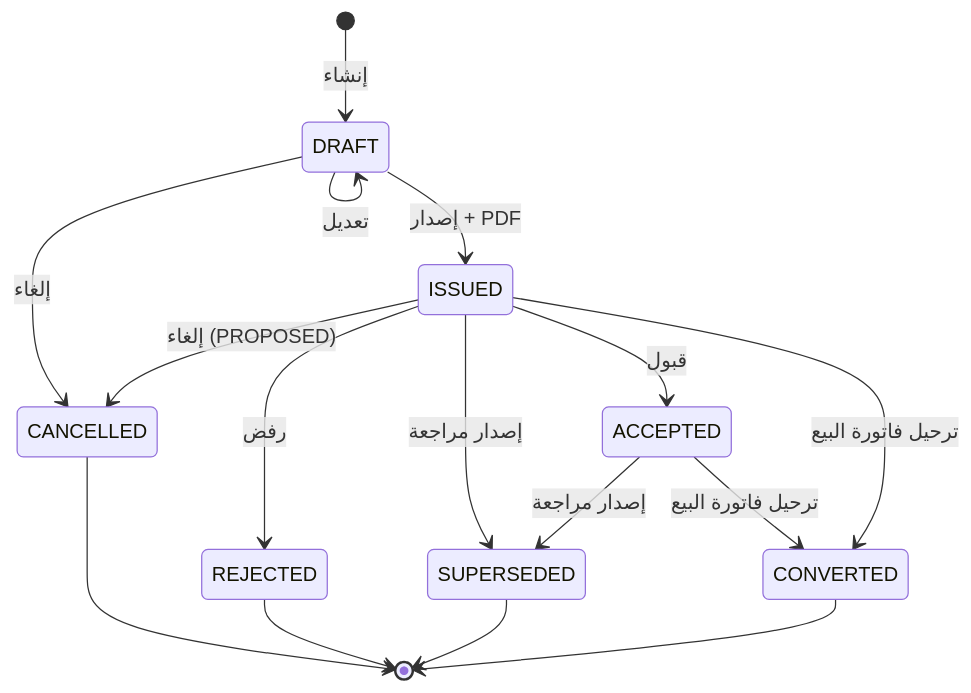
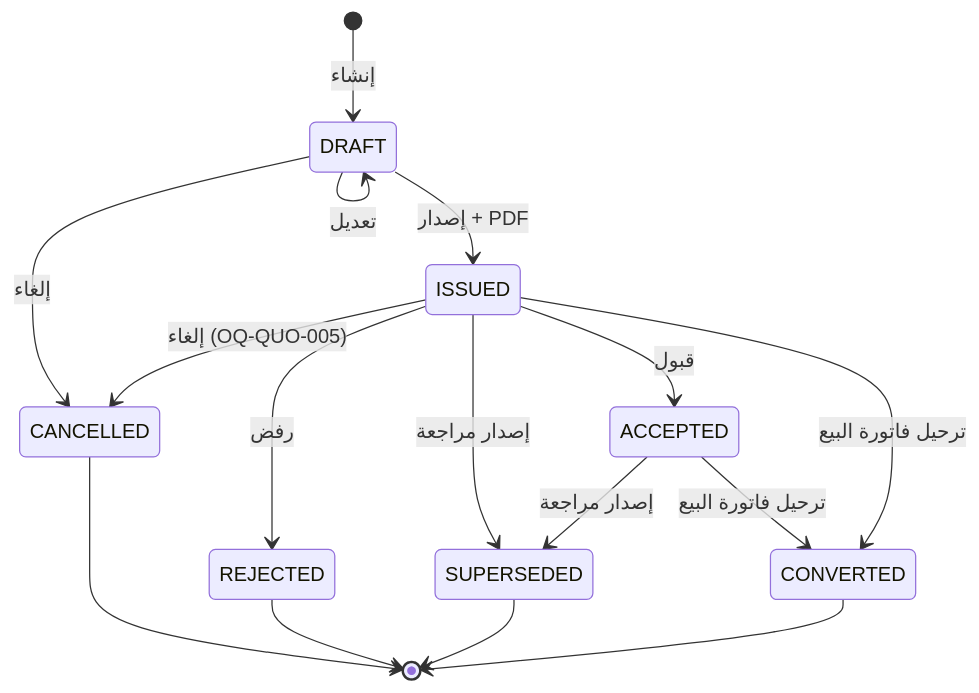
The diagram in docs/05_QUOTATIONS_AND_A4_DOCUMENTS.md (taelmeniawy/Mizan), drawn with Mermaid before and after one commit. The commit also changed other lines of this file and 18 other files, not shown here.

````diff
--- a/docs/05_QUOTATIONS_AND_A4_DOCUMENTS.md
+++ b/docs/05_QUOTATIONS_AND_A4_DOCUMENTS.md
@@ -76,18 +78,18 @@
 ```mermaid
 stateDiagram-v2
     [*] --> DRAFT: إنشاء
     DRAFT --> DRAFT: تعديل
     DRAFT --> ISSUED: إصدار + PDF
     DRAFT --> CANCELLED: إلغاء
     ISSUED --> ACCEPTED: قبول
     ISSUED --> REJECTED: رفض
-    ISSUED --> CANCELLED: إلغاء (PROPOSED)
+    ISSUED --> CANCELLED: إلغاء (OQ-QUO-005)
     ISSUED --> SUPERSEDED: إصدار مراجعة
     ACCEPTED --> SUPERSEDED: إصدار مراجعة
     ACCEPTED --> CONVERTED: ترحيل فاتورة البيع
     ISSUED --> CONVERTED: ترحيل فاتورة البيع
     CANCELLED --> [*]
     REJECTED --> [*]
     SUPERSEDED --> [*]
     CONVERTED --> [*]
 ```
````
